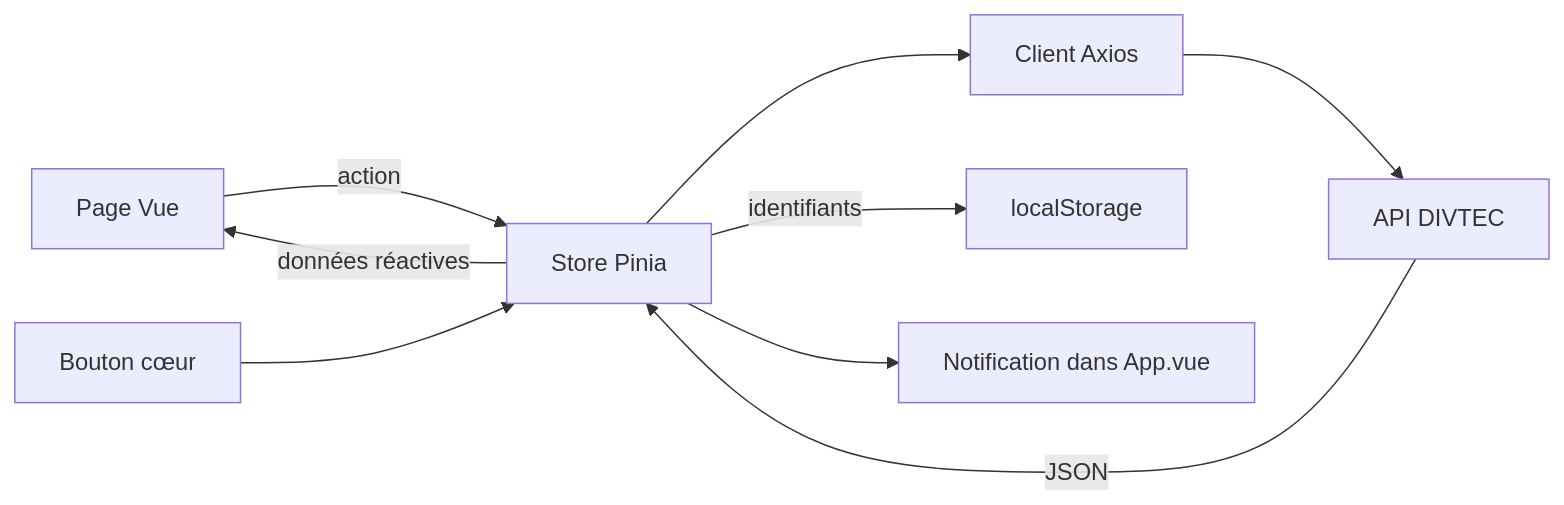
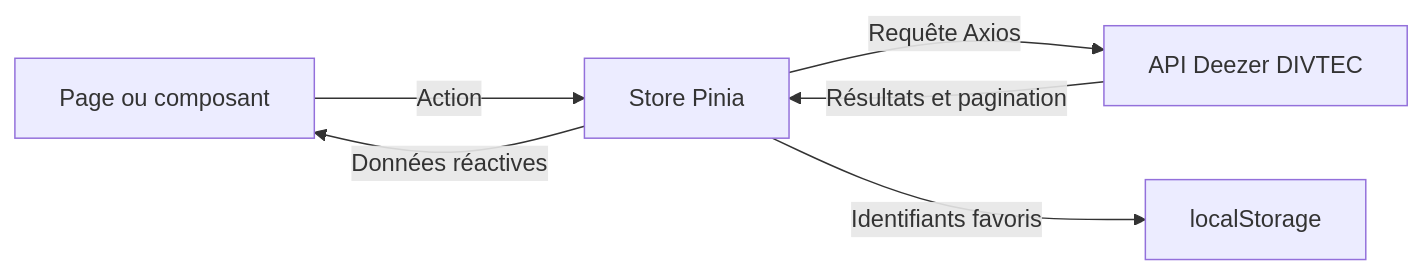
The diagram in README.md (colinvogt/294-projet-deezer-vogtcol), drawn with Mermaid before and after one commit. The commit also changed other lines of this file, not shown here.

````diff
--- a/README.md
+++ b/README.md
@@ -163,11 +109,8 @@
 ```mermaid
 flowchart LR
-    Page[Page Vue] -->|action| Store[Store Pinia]
-    Store --> Axios[Client Axios]
-    Axios --> API[API DIVTEC]
-    API -->|JSON| Store
-    Store -->|données réactives| Page
-    Coeur[Bouton cœur] --> Store
-    Store -->|identifiants| Local[localStorage]
-    Store --> Message[Notification dans App.vue]
+    UI[Page ou composant] -->|Action| Pinia[Store Pinia]
+    Pinia -->|Requête Axios| API[API Deezer DIVTEC]
+    API -->|Résultats et pagination| Pinia
+    Pinia -->|Données réactives| UI
+    Pinia -->|Identifiants favoris| Local[localStorage]
 ```
````
